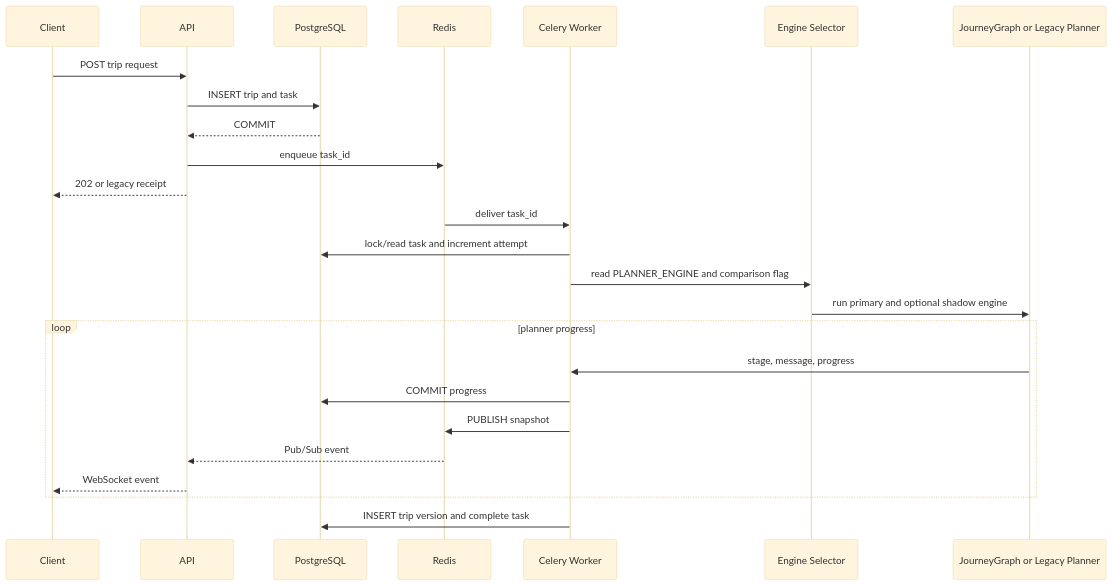
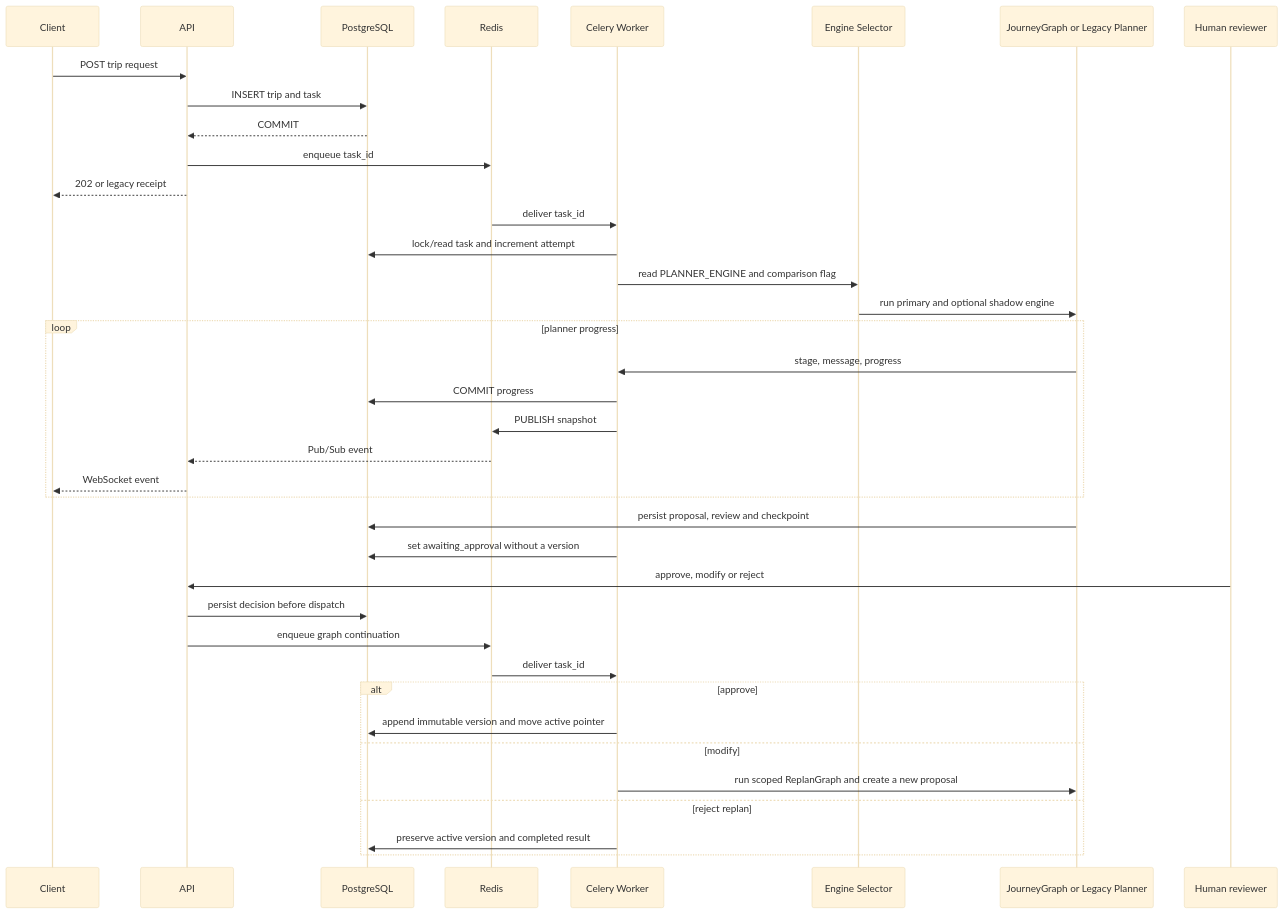
The second of 4 diagrams in docs/ARCHITECTURE.md (Xcaesar1/JourneyOps), drawn with Mermaid (base theme) before and after one commit. The commit also changed other lines of this file and 3 other files, not shown here.

````diff
--- a/docs/ARCHITECTURE.md
+++ b/docs/ARCHITECTURE.md
@@ -85,28 +97,41 @@
 ```mermaid
 sequenceDiagram
     participant C as Client
     participant A as API
     participant P as PostgreSQL
     participant R as Redis
     participant W as Celery Worker
     participant S as Engine Selector
     participant G as JourneyGraph or Legacy Planner
+    participant H as Human reviewer
 
     C->>A: POST trip request
     A->>P: INSERT trip and task
     P-->>A: COMMIT
     A->>R: enqueue task_id
     A-->>C: 202 or legacy receipt
     R->>W: deliver task_id
     W->>P: lock/read task and increment attempt
     W->>S: read PLANNER_ENGINE and comparison flag
     S->>G: run primary and optional shadow engine
     loop planner progress
         G->>W: stage, message, progress
         W->>P: COMMIT progress
         W->>R: PUBLISH snapshot
         R-->>A: Pub/Sub event
         A-->>C: WebSocket event
     end
-    W->>P: INSERT trip version and complete task
+    G->>P: persist proposal, review and checkpoint
+    W->>P: set awaiting_approval without a version
+    H->>A: approve, modify or reject
+    A->>P: persist decision before dispatch
+    A->>R: enqueue graph continuation
+    R->>W: deliver task_id
+    alt approve
+        W->>P: append immutable version and move active pointer
+    else modify
+        W->>G: run scoped ReplanGraph and create a new proposal
+    else reject replan
+        W->>P: preserve active version and completed result
+    end
 ```
````
